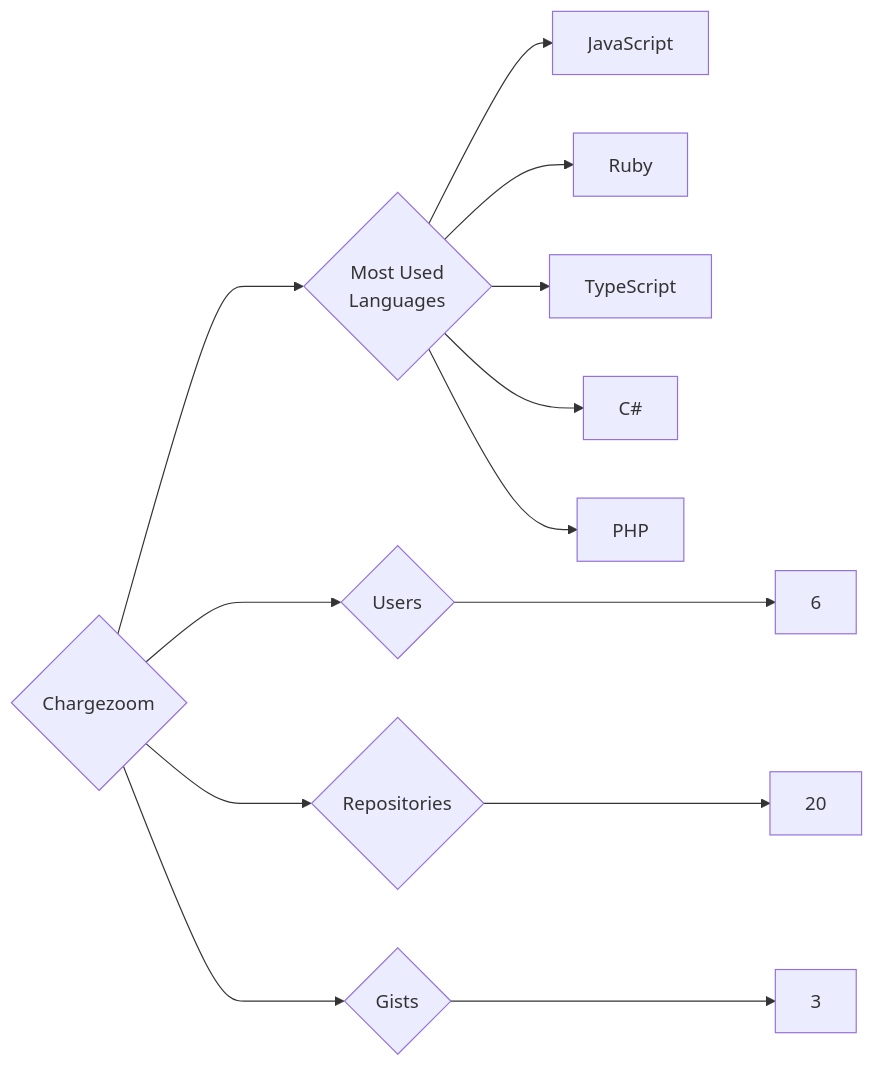
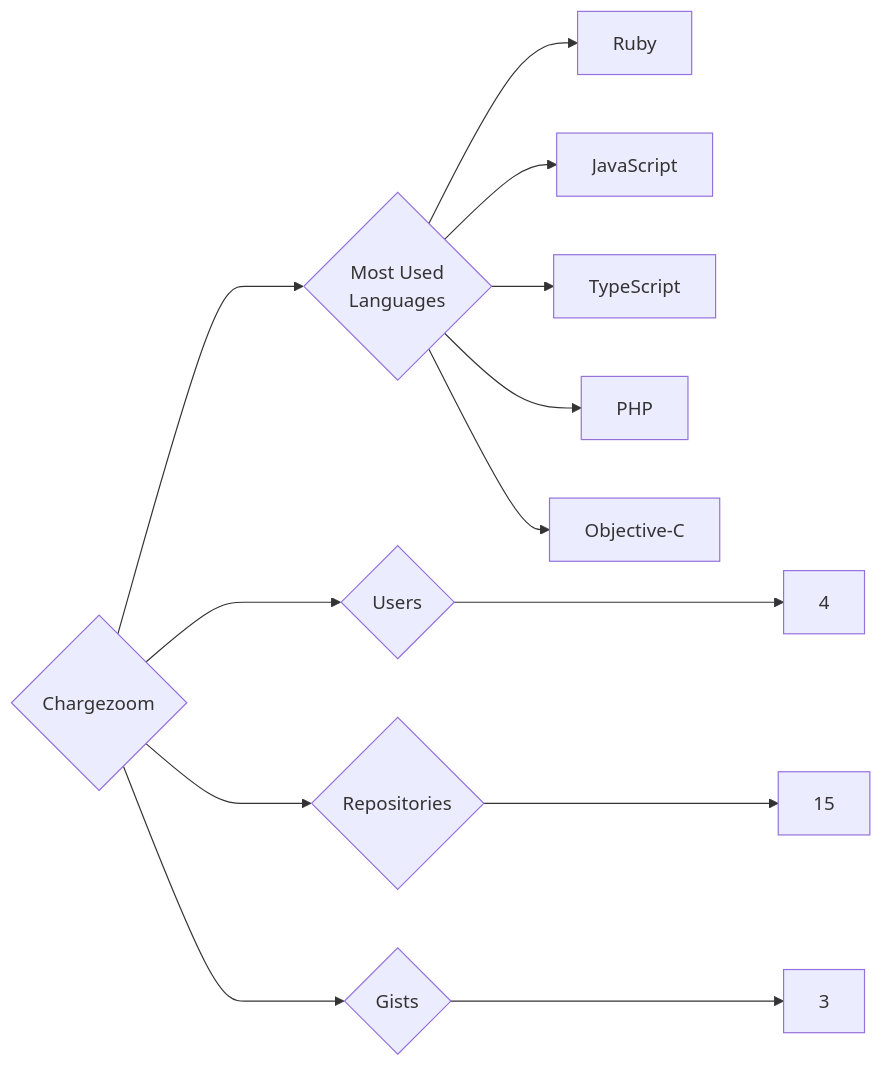
Before and after one commit to trickest/insiders: the diagram in targets/Chargezoom/README.md, drawn with Mermaid. The commit also changed 1170 other files, not shown here.

````diff
--- a/targets/Chargezoom/README.md
+++ b/targets/Chargezoom/README.md
@@ -3,13 +3,13 @@
 ```mermaid
 graph LR
 COMPANY_NAME{Chargezoom}
-COMPANY_NAME ---> U{Users} ---> UN[6]
-COMPANY_NAME ---> R{Repositories} ---> RN[20]
+COMPANY_NAME ---> U{Users} ---> UN[4]
+COMPANY_NAME ---> R{Repositories} ---> RN[15]
 COMPANY_NAME ---> G{Gists} ---> GN[3]
 COMPANY_NAME ---> ML{Most Used<br>Languages}
+ML --> Ruby[Ruby]
 ML --> JavaScript[JavaScript]
-ML --> Ruby[Ruby]
 ML --> TypeScript[TypeScript]
-ML --> C#[C#]
 ML --> PHP[PHP]
+ML --> Objective-C[Objective-C]
 ```
````
